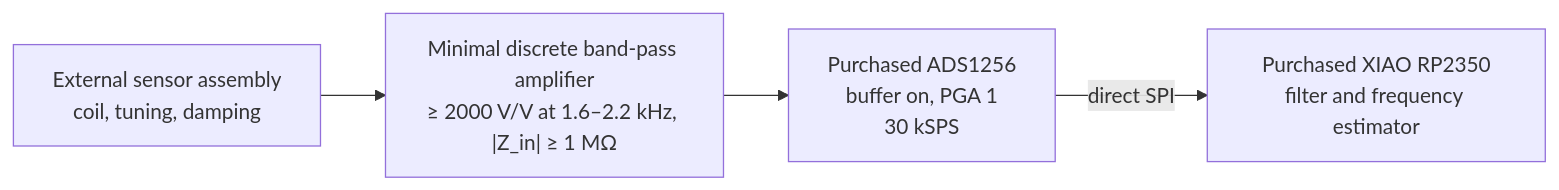
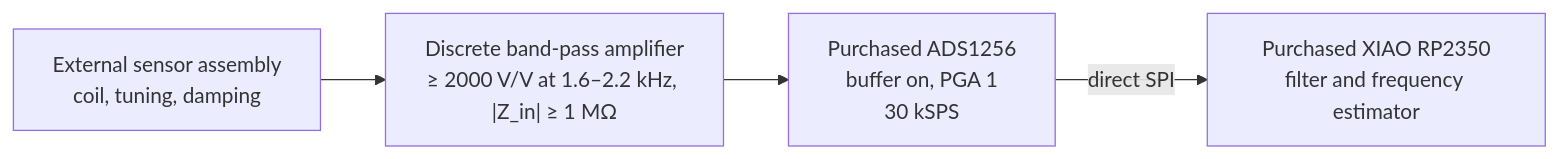
The first of 2 diagrams in docs/receiver-estimator-slides.md (ethanewer/ece455), drawn with Mermaid before and after one commit. The commit also changed other lines of this file and 24 other files, not shown here.

````diff
--- a/docs/receiver-estimator-slides.md
+++ b/docs/receiver-estimator-slides.md
@@ -3,6 +3,6 @@
 ```mermaid
 flowchart LR
-  ext["External sensor assembly<br/>coil, tuning, damping"] --> amp["Minimal discrete band-pass amplifier<br/>≥ 2000 V/V at 1.6–2.2 kHz, |Z_in| ≥ 1 MΩ"]
+  ext["External sensor assembly<br/>coil, tuning, damping"] --> amp["Discrete band-pass amplifier<br/>≥ 2000 V/V at 1.6–2.2 kHz, |Z_in| ≥ 1 MΩ"]
   amp --> adc["Purchased ADS1256<br/>buffer on, PGA 1<br/>30 kSPS"]
   adc -->|direct SPI| xiao["Purchased XIAO RP2350<br/>filter and frequency estimator"]
 ```
````
